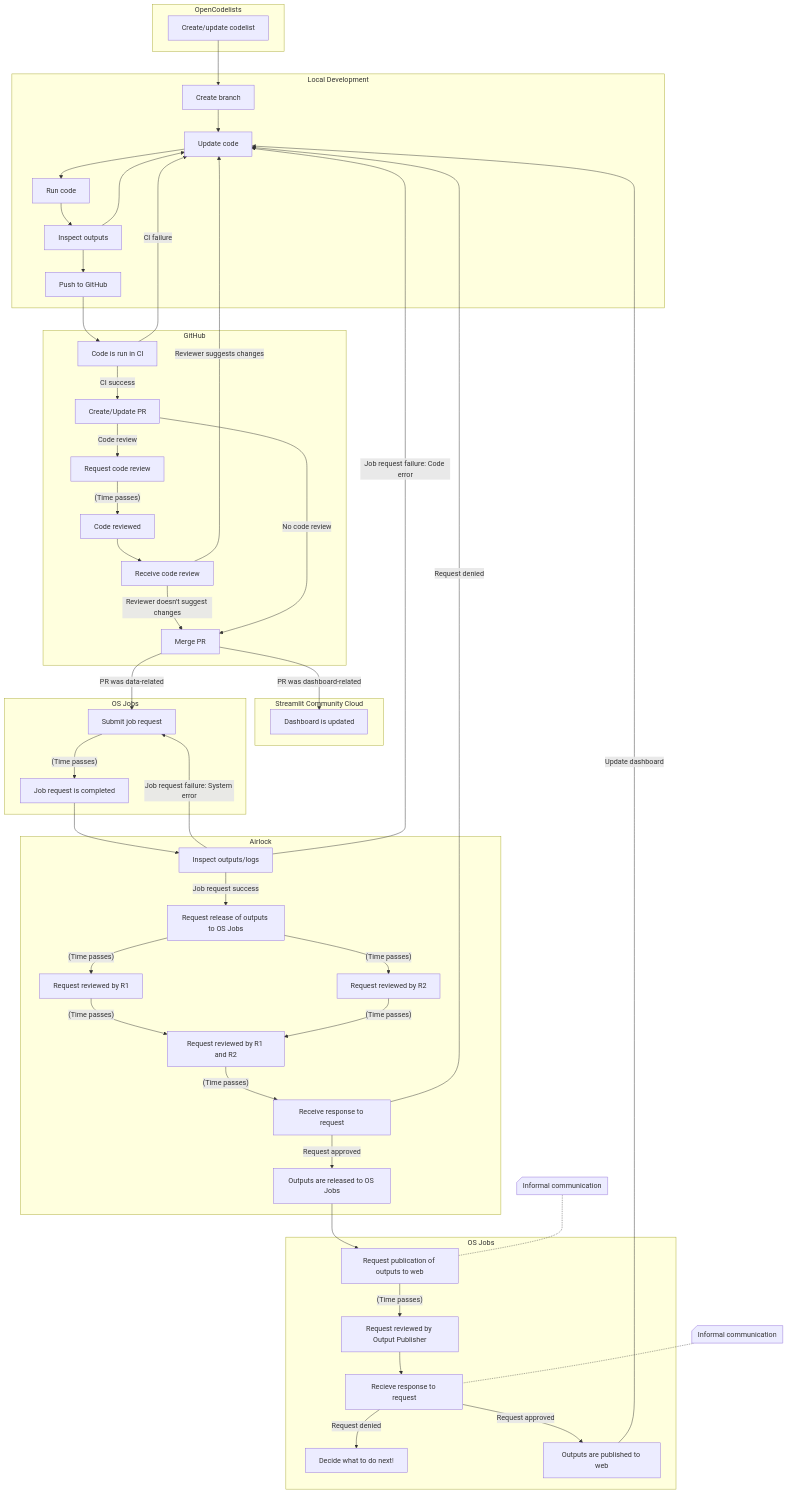
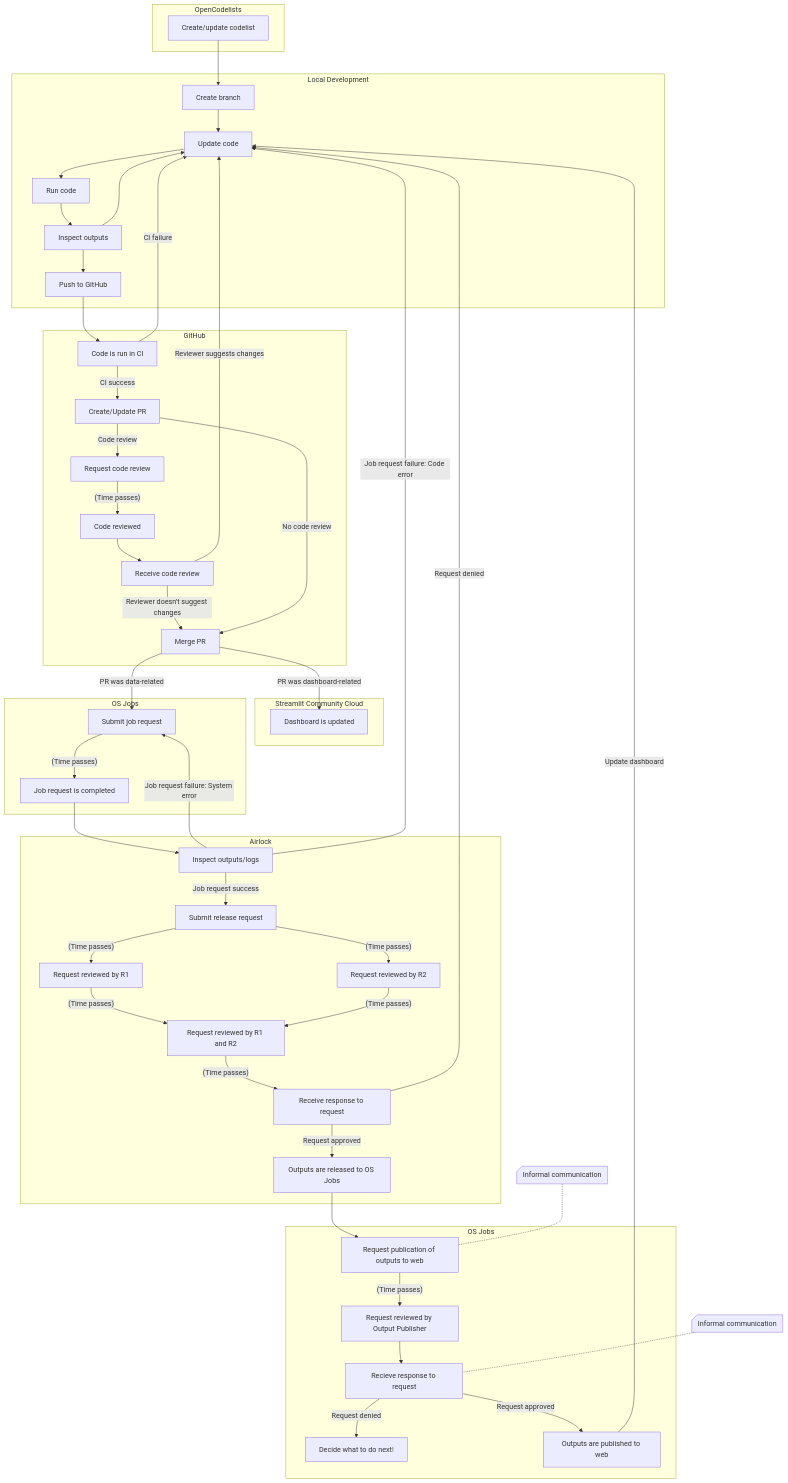
The diagram in docs/walking_skeleton.md (opensafely/open-pathology), drawn with Mermaid before and after one commit.

Commit message:
`request_release` -> `submit_release_request`

````diff
--- a/docs/walking_skeleton.md
+++ b/docs/walking_skeleton.md
@@ -3,56 +3,56 @@
 ```mermaid
 flowchart TD
     subgraph Local Development
     create_branch[Create branch] --> update_locally[Update code]
     update_locally --> run_locally[Run code]
     run_locally --> inspect_locally[Inspect outputs]
     inspect_locally --> update_locally
     inspect_locally --> push_to_gh[Push to GitHub]
     end
     subgraph OpenCodelists
     create_codelist[Create/update codelist] --> create_branch
     end
     subgraph GitHub
     push_to_gh --> run_ci[Code is run in CI]
     run_ci -->|CI failure| update_locally
     run_ci -->|CI success| create_pr[Create/Update PR]
     create_pr -->|Code review| request_code_review[Request code review]
     request_code_review -->|"(Time passes)"| code_reviewed[Code reviewed]
     code_reviewed --> receive_code_review[Receive code review]
     receive_code_review -->|Reviewer suggests changes| update_locally
     receive_code_review -->|Reviewer doesn't suggest changes| merge_pr[Merge PR]
     create_pr -->|No code review| merge_pr
     end
     subgraph Streamlit Community Cloud
     merge_pr -->|PR was dashboard-related| end_1[Dashboard is updated]
     end
     subgraph OS Jobs
     merge_pr -->|PR was data-related| submit_job_request[Submit job request]
     submit_job_request -->|"(Time passes)"| job_request_completed[Job request is completed]
     end
     subgraph Airlock
     job_request_completed --> inspect_l4[Inspect outputs/logs]
     inspect_l4 -->|Job request failure: System error| submit_job_request
     inspect_l4 -->|Job request failure: Code error| update_locally
-    inspect_l4 -->|Job request success| request_release[Request release of outputs to OS Jobs]
-    request_release -->|"(Time passes)"| reviewed_r1[Request reviewed by R1]
-    request_release -->|"(Time passes)"| reviewed_r2[Request reviewed by R2]
+    inspect_l4 -->|Job request success| submit_release_request[Submit release request]
+    submit_release_request -->|"(Time passes)"| reviewed_r1[Request reviewed by R1]
+    submit_release_request -->|"(Time passes)"| reviewed_r2[Request reviewed by R2]
     reviewed_r1 -->|"(Time passes)"| reviewed_r1_r2[Request reviewed by R1 and R2]
     reviewed_r2 -->|"(Time passes)"| reviewed_r1_r2
     reviewed_r1_r2 -->|"(Time passes)"| receive_response[Receive response to request]
     receive_response -->|Request approved| outputs_released[Outputs are released to OS Jobs]
     receive_response -->|Request denied| update_locally
     end
     subgraph OS Jobs
     outputs_released --> request_publication[Request publication of outputs to web]
     request_publication -->|"(Time passes)"| reviewed_r3[Request reviewed by Output Publisher]
     reviewed_r3 --> receive_publication_response[Recieve response to request]
     receive_publication_response -->|Request denied| end_2[Decide what to do next!]
     receive_publication_response -->|Request approved| outputs_published[Outputs are published to web]
     end
     outputs_published -->|Update dashboard| update_locally
     note_1@{shape: notch-rect, label: "Informal communication"}
     note_1 -.- request_publication
     note_2@{shape: notch-rect, label: "Informal communication"}
     note_2 -.- receive_publication_response
 ```
````
